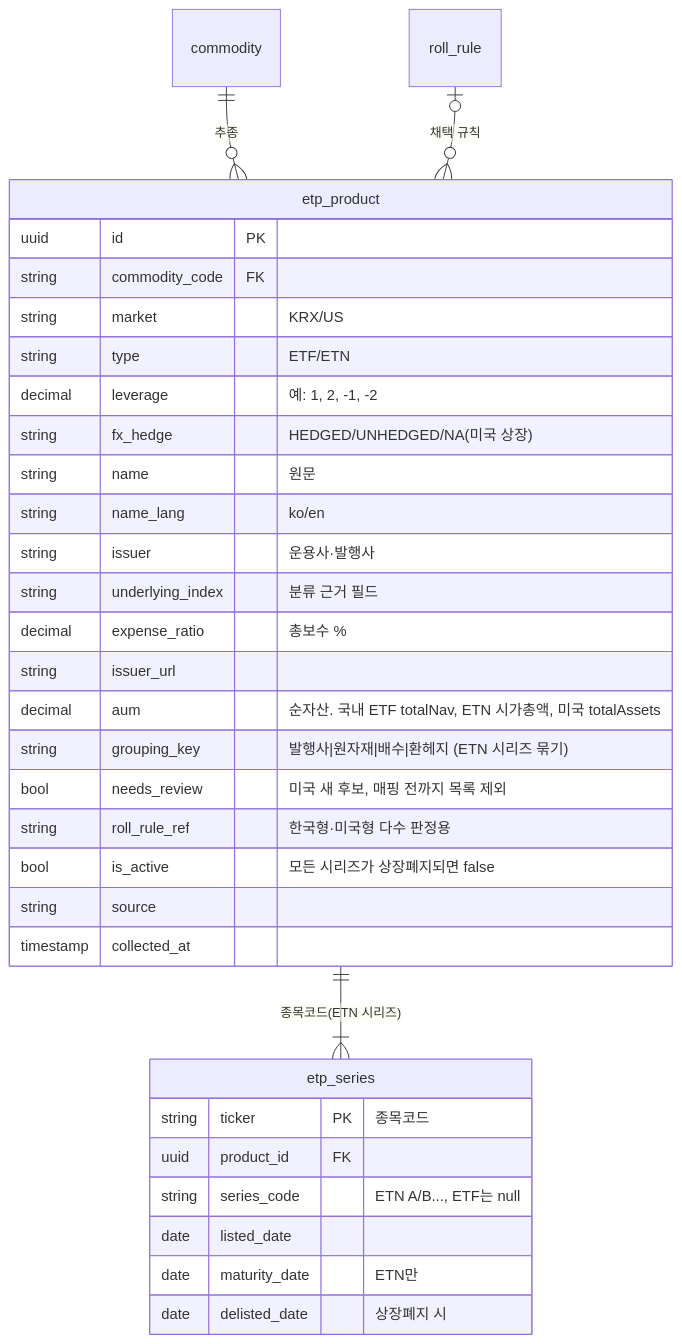
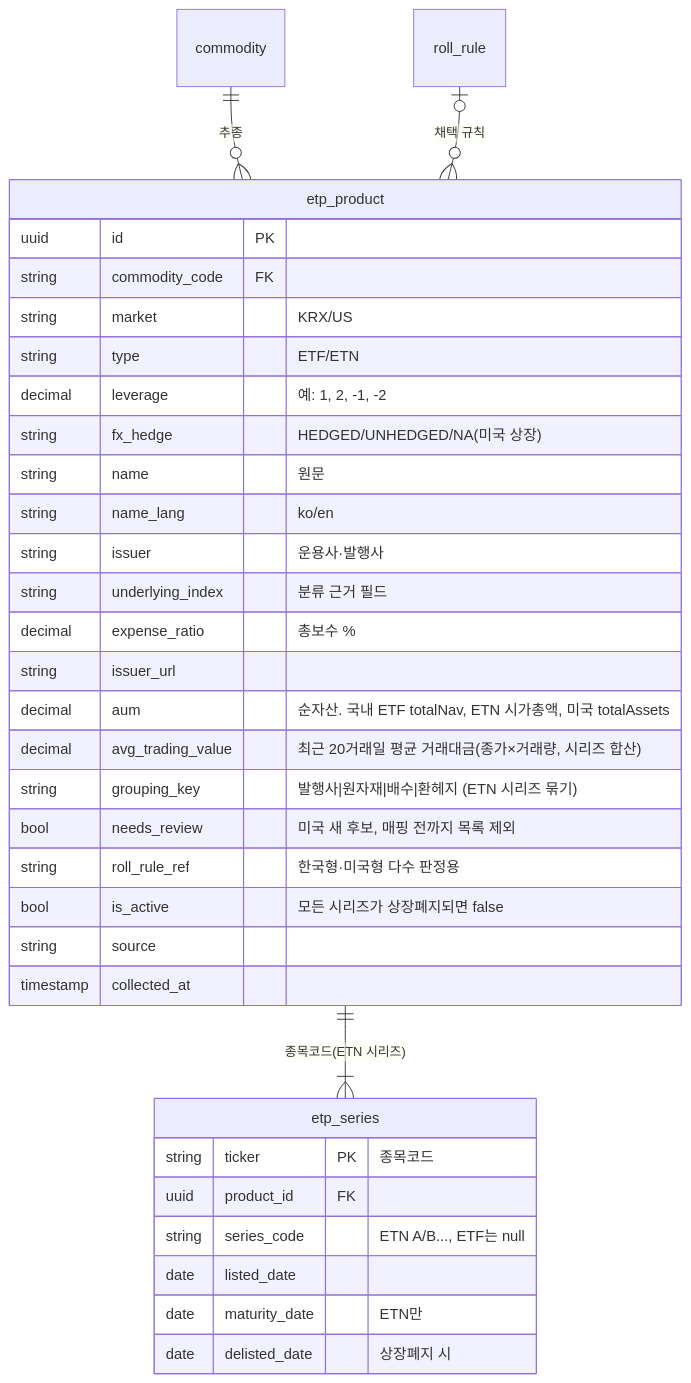
One commit to seyoun10/futureETP changed the second of 3 diagrams in docs/data-model.md. Above: the diagram before and after it, drawn with Mermaid. The commit also changed other lines of this file and 4 other files, not shown here.

Commit message:
docs: add AUM and avg trading value sort options to ETP list (D-017)

````diff
--- a/docs/data-model.md
+++ b/docs/data-model.md
@@ -179,36 +179,37 @@
 ```mermaid
 erDiagram
     commodity ||--o{ etp_product : "추종"
     etp_product ||--|{ etp_series : "종목코드(ETN 시리즈)"
     roll_rule |o--o{ etp_product : "채택 규칙"
 
     etp_product {
         uuid id PK
         string commodity_code FK
         string market "KRX/US"
         string type "ETF/ETN"
         decimal leverage "예: 1, 2, -1, -2"
         string fx_hedge "HEDGED/UNHEDGED/NA(미국 상장)"
         string name "원문"
         string name_lang "ko/en"
         string issuer "운용사·발행사"
         string underlying_index "분류 근거 필드"
         decimal expense_ratio "총보수 %"
         string issuer_url
         decimal aum "순자산. 국내 ETF totalNav, ETN 시가총액, 미국 totalAssets"
+        decimal avg_trading_value "최근 20거래일 평균 거래대금(종가×거래량, 시리즈 합산)"
         string grouping_key "발행사|원자재|배수|환헤지 (ETN 시리즈 묶기)"
         bool needs_review "미국 새 후보, 매핑 전까지 목록 제외"
         string roll_rule_ref "한국형·미국형 다수 판정용"
         bool is_active "모든 시리즈가 상장폐지되면 false"
         string source
         timestamp collected_at
     }
     etp_series {
         string ticker PK "종목코드"
         uuid product_id FK
         string series_code "ETN A/B..., ETF는 null"
         date listed_date
         date maturity_date "ETN만"
         date delisted_date "상장폐지 시"
     }
 ```
````
